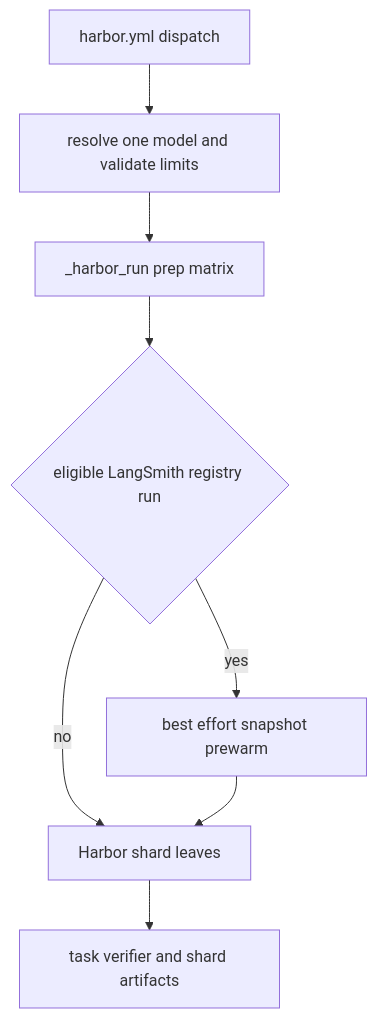
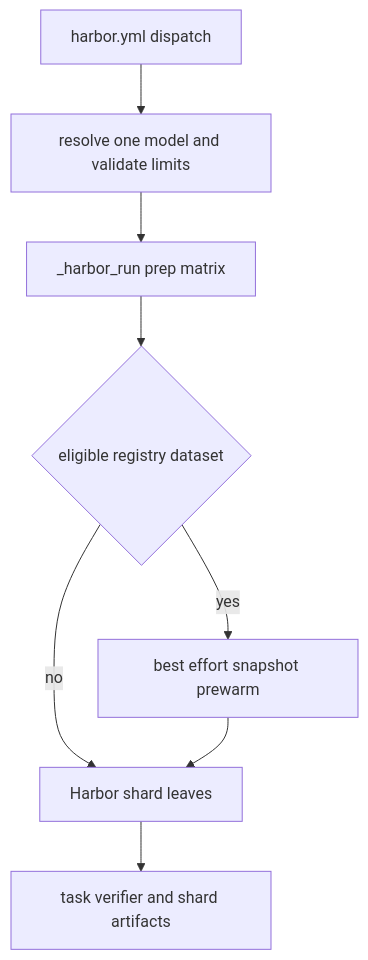
The second of 3 diagrams in openwiki/workflows/run-evals.md (langchain-ai/deepagents), drawn with Mermaid before and after one commit. The commit also changed other lines of this file and 35 other files, not shown here.

````diff
--- a/openwiki/workflows/run-evals.md
+++ b/openwiki/workflows/run-evals.md
@@ -106,10 +104,10 @@
 ```mermaid
 flowchart TD
     Dispatch["harbor.yml dispatch"] --> Limits["resolve one model and validate limits"]
     Limits --> LeafPrep["_harbor_run prep matrix"]
-    LeafPrep --> Prewarm{"eligible LangSmith registry run"}
+    LeafPrep --> Prewarm{"eligible registry dataset"}
     Prewarm -->|yes| Snapshots["best effort snapshot prewarm"]
     Prewarm -->|no| Run["Harbor shard leaves"]
     Snapshots --> Run
     Run --> Verifier["task verifier and shard artifacts"]
 ```
````
